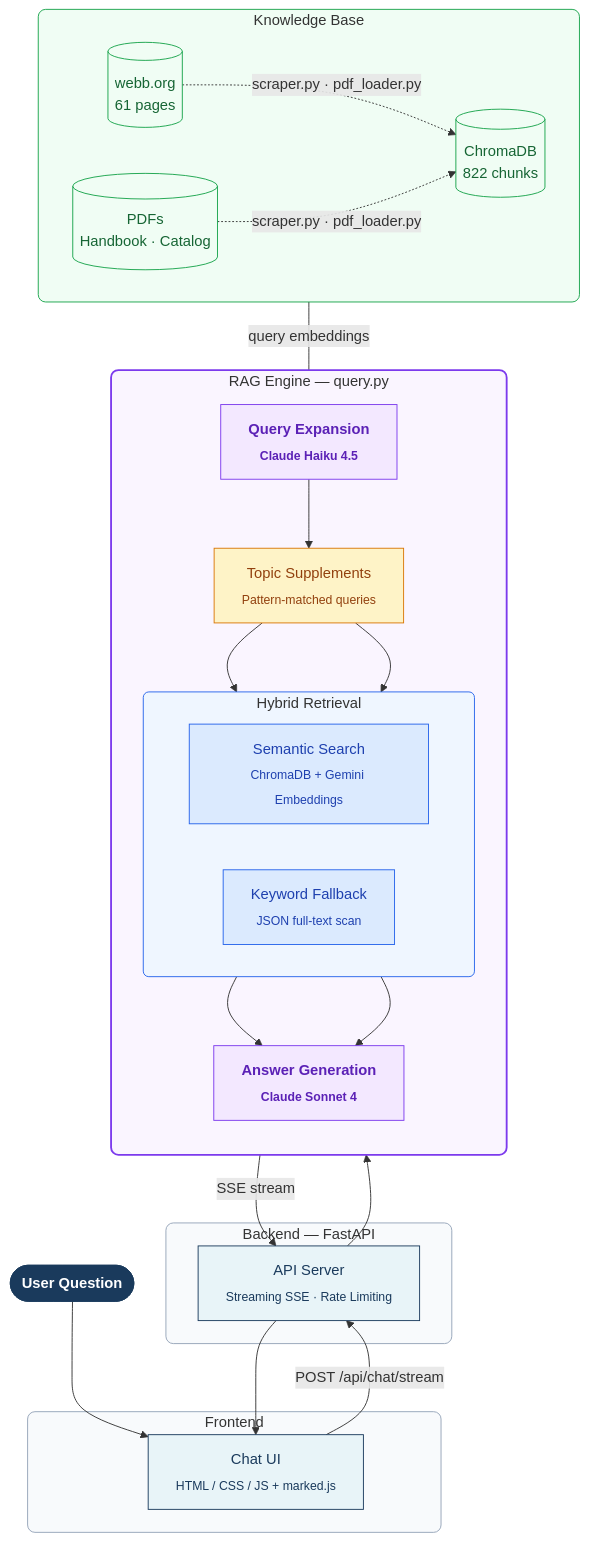
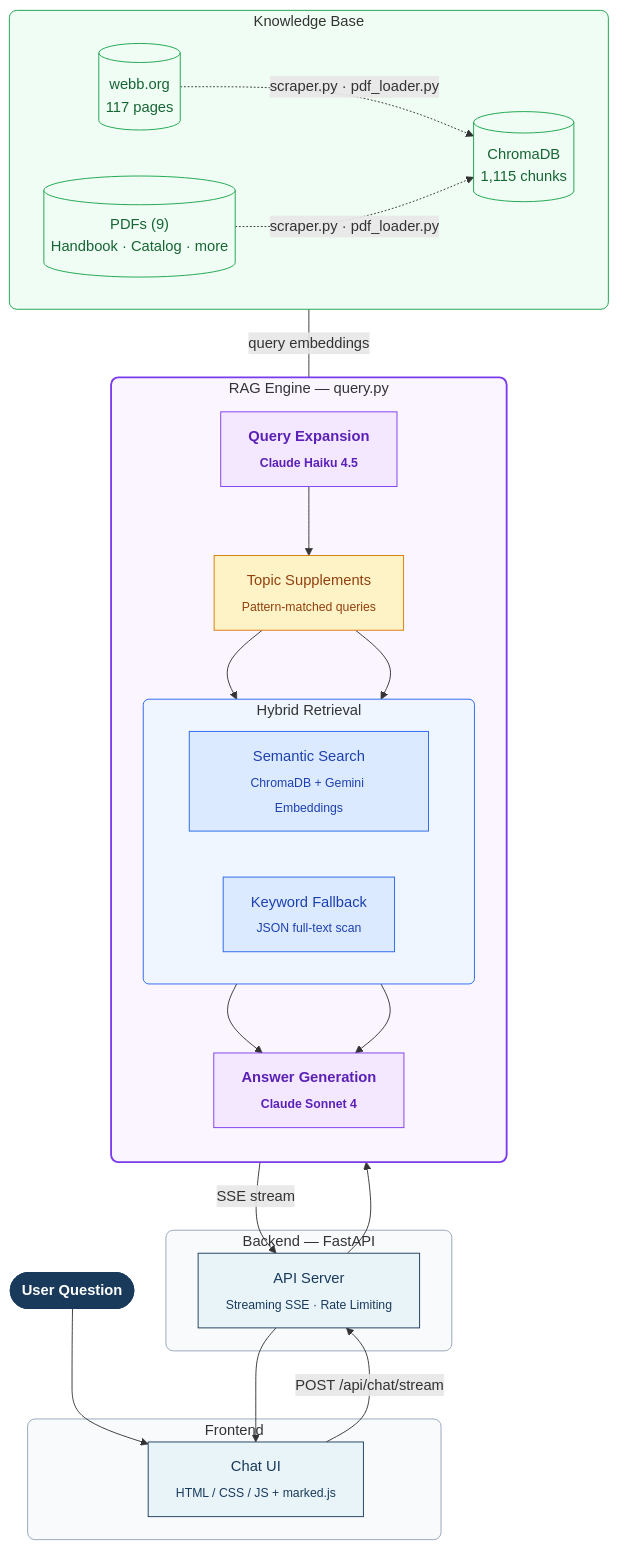
Before and after one commit to szkangjian/webb-ai: the first of 2 diagrams in README.md, drawn with Mermaid. The commit also changed other lines of this file and 2 other files, not shown here.

First line of the commit message:
Add product roadmap (EN/ZH) and update README with current stats

````diff
--- a/README.md
+++ b/README.md
@@ -11,60 +11,60 @@
 ```mermaid
 flowchart TB
     User([" User Question "]):::userNode
 
     subgraph Frontend["Frontend"]
         UI["Chat UI<br/><sub>HTML / CSS / JS + marked.js</sub>"]:::feNode
     end
 
     subgraph Backend["Backend — FastAPI"]
         API["API Server<br/><sub>Streaming SSE · Rate Limiting</sub>"]:::beNode
     end
 
     subgraph RAG["RAG Engine — query.py"]
         direction TB
         QE["Query Expansion<br/><sub>Claude Haiku 4.5</sub>"]:::aiNode
         TS["Topic Supplements<br/><sub>Pattern-matched queries</sub>"]:::logicNode
 
         subgraph Retrieval["Hybrid Retrieval"]
             direction LR
             SEM["Semantic Search<br/><sub>ChromaDB + Gemini Embeddings</sub>"]:::dbNode
             KW["Keyword Fallback<br/><sub>JSON full-text scan</sub>"]:::dbNode
         end
 
         GEN["Answer Generation<br/><sub>Claude Sonnet 4</sub>"]:::aiNode
     end
 
     subgraph Data["Knowledge Base"]
         direction LR
-        WEB[("webb.org<br/>61 pages")]:::dataNode
-        PDF[("PDFs<br/>Handbook · Catalog")]:::dataNode
-        VDB[("ChromaDB<br/>822 chunks")]:::dataNode
+        WEB[("webb.org<br/>117 pages")]:::dataNode
+        PDF[("PDFs (9)<br/>Handbook · Catalog · more")]:::dataNode
+        VDB[("ChromaDB<br/>1,115 chunks")]:::dataNode
     end
 
     User --> UI
     UI -- "POST /api/chat/stream" --> API
     API --> QE
     QE --> TS
     TS --> SEM & KW
     SEM --> GEN
     KW --> GEN
     GEN -- "SSE stream" --> API
     API --> UI
 
     WEB & PDF -.->|"scraper.py · pdf_loader.py"| VDB
     VDB ---|"query embeddings"| SEM
 
     classDef userNode fill:#1a3a5c,stroke:#1a3a5c,color:#fff,font-weight:bold
     classDef feNode fill:#e8f4f8,stroke:#1a3a5c,color:#1a3a5c
     classDef beNode fill:#e8f4f8,stroke:#1a3a5c,color:#1a3a5c
     classDef aiNode fill:#f3e8ff,stroke:#7c3aed,color:#5b21b6,font-weight:bold
     classDef logicNode fill:#fef3c7,stroke:#d97706,color:#92400e
     classDef dbNode fill:#dbeafe,stroke:#2563eb,color:#1e40af
     classDef dataNode fill:#f0fdf4,stroke:#16a34a,color:#166534
 
     style Frontend fill:#f8fafc,stroke:#94a3b8,stroke-width:1px,rx:8
     style Backend fill:#f8fafc,stroke:#94a3b8,stroke-width:1px,rx:8
     style RAG fill:#faf5ff,stroke:#7c3aed,stroke-width:2px,rx:8
     style Retrieval fill:#eff6ff,stroke:#2563eb,stroke-width:1px,rx:6
     style Data fill:#f0fdf4,stroke:#16a34a,stroke-width:1px,rx:8
 ```
````
